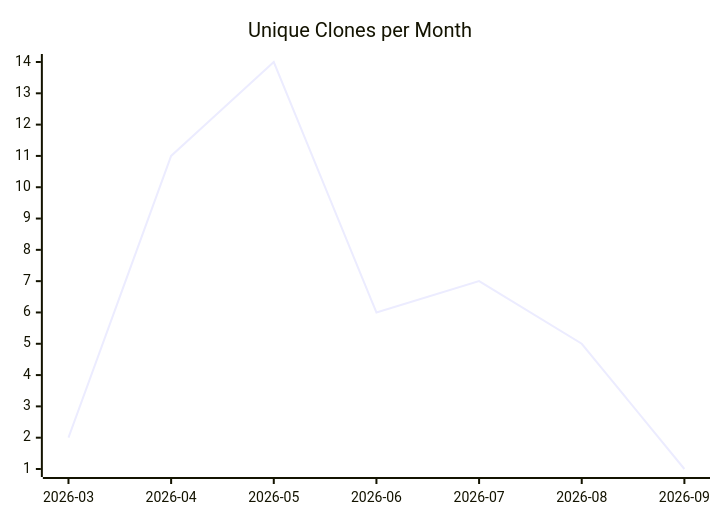
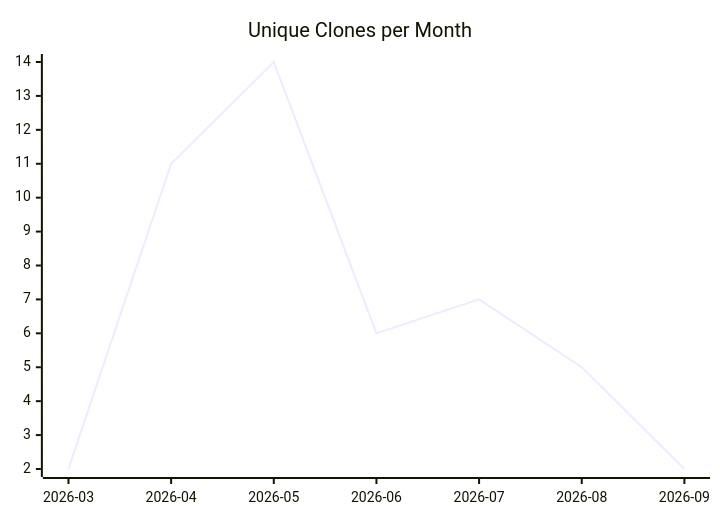
One commit to justdavis-family/github-analytics-data changed the third of 3 diagrams in karlmdavis/m2e-core/README.md. Above: the diagram before and after it, drawn with Mermaid. The commit also changed other lines of this file and 190 other files, not shown here.

````diff
--- a/karlmdavis/m2e-core/README.md
+++ b/karlmdavis/m2e-core/README.md
@@ -19,6 +19,6 @@
 ```mermaid
 xychart-beta
   title "Unique Clones per Month"
   x-axis ["2026-03", "2026-04", "2026-05", "2026-06", "2026-07", "2026-08", "2026-09"]
-  line [2, 11, 14, 6, 7, 5, 1]
+  line [2, 11, 14, 6, 7, 5, 2]
 ```
````
